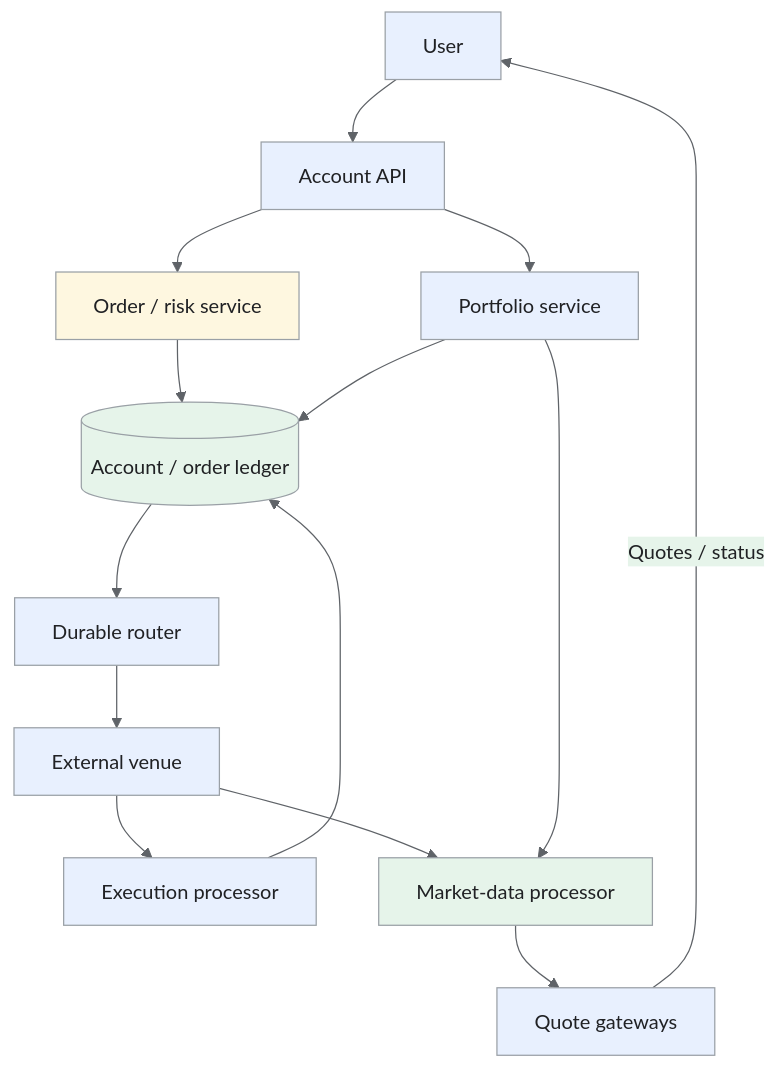
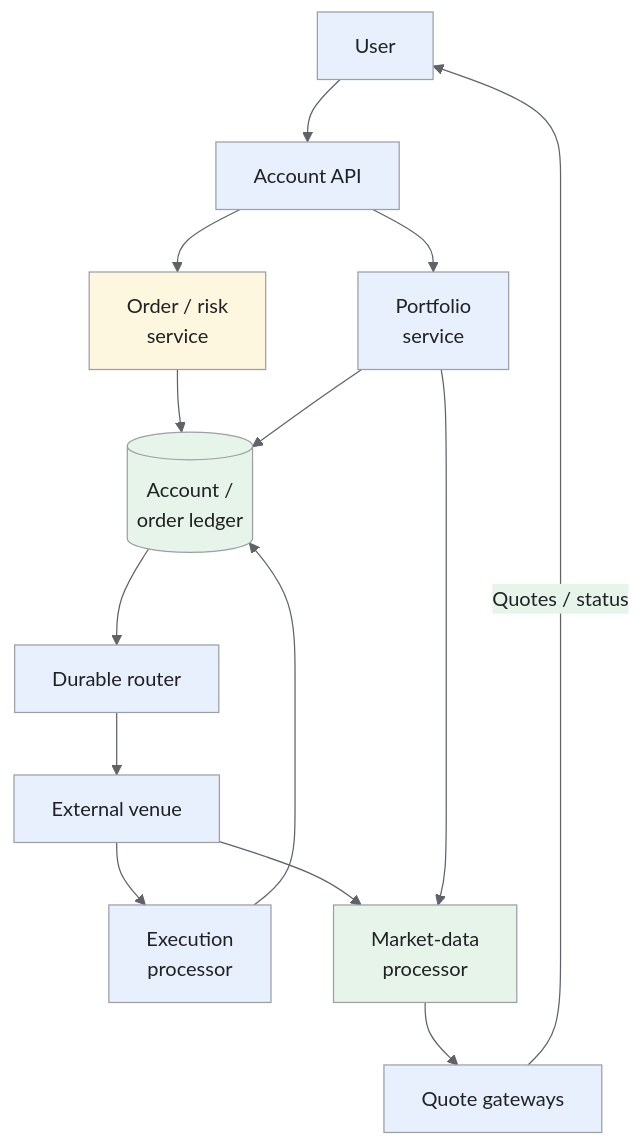
One commit to iliazlobin/iliazlobin.github.io changed the first of 5 diagrams in _designs/system-design-stock-trading-platform.md. Above: the diagram before and after it, drawn with Mermaid. The commit also changed other lines of this file and 116 other files, not shown here.

````diff
--- a/_designs/system-design-stock-trading-platform.md
+++ b/_designs/system-design-stock-trading-platform.md
@@ -174,24 +174,24 @@
 ```mermaid
-%%{init: {'theme':'base','themeVariables':{'primaryColor':'#e8f0fe','primaryTextColor':'#202124','primaryBorderColor':'#9aa0a6','lineColor':'#5f6368','secondaryColor':'#e6f4ea','tertiaryColor':'#fef7e0','actorBkg':'#e8f0fe','actorBorder':'#9aa0a6','actorTextColor':'#202124','noteBkgColor':'#fef7e0','noteTextColor':'#202124','noteBorderColor':'#9aa0a6','signalColor':'#5f6368','signalTextColor':'#202124','labelBoxBkgColor':'#fef7e0','labelBoxBorderColor':'#9aa0a6'}}}%%
+%%{init: {"theme":"base","themeVariables":{"primaryColor":"#e8f0fe","primaryBorderColor":"#9aa0a6","primaryTextColor":"#202124","secondaryColor":"#e6f4ea","tertiaryColor":"#fef7e0","lineColor":"#5f6368","actorBkg":"#e8f0fe","actorBorder":"#9aa0a6","actorTextColor":"#202124","noteBkgColor":"#fef7e0","noteBorderColor":"#9aa0a6","noteTextColor":"#202124","signalColor":"#5f6368","signalTextColor":"#202124"}}}%%
 flowchart TB
   U[User] --> API[Account API]
-  API --> O[Order / risk service]
-  O --> DB[(Account / order ledger)]
+  API --> O["Order / risk<br>service"]
+  O --> DB[("Account /<br>order ledger")]
   DB --> R[Durable router]
   R --> V[External venue]
-  V --> E[Execution processor]
+  V --> E["Execution<br>processor"]
   E --> DB
-  V --> M[Market-data processor]
+  V --> M["Market-data<br>processor"]
   M --> G[Quote gateways]
   G -->|Quotes / status| U
-  API --> P[Portfolio service]
+  API --> P["Portfolio<br>service"]
   P --> DB
   P --> M
 classDef request fill:#e8f0fe,stroke:#9aa0a6,color:#202124;
 classDef data fill:#e6f4ea,stroke:#9aa0a6,color:#202124;
 classDef control fill:#fef7e0,stroke:#9aa0a6,color:#202124;
 class U,API,R,V,E,G,P request;
 class DB,M data;
 class O control;
 
 ```
````
